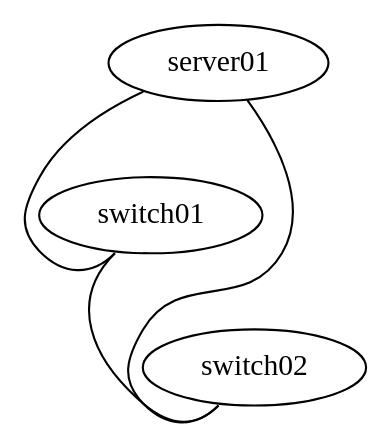
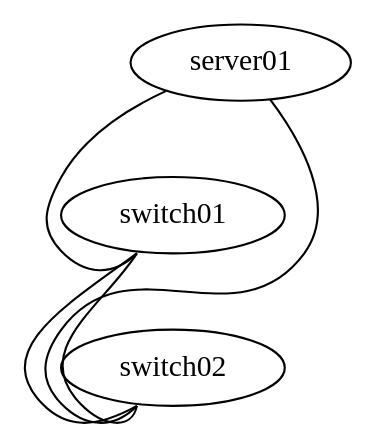
Before and after one commit to chronot1995/cumulus-ansible-intermediate-mlag-nclu: the diagram in documentation/ansible-training-clag-nclu.dot, drawn with Graphviz. The commit also changed 3 other files, not shown here.

```diff
--- a/documentation/ansible-training-clag-nclu.dot
+++ b/documentation/ansible-training-clag-nclu.dot
@@ -1,9 +1,10 @@
 graph training {
  "switch01" [function="leaf" os="CumulusCommunity/cumulus-vx" version="3.5.3" memory="768" config="./helper_scripts/extra_switch_config.sh" mgmt_ip="192.168.200.1"]
  "switch02" [function="leaf" os="CumulusCommunity/cumulus-vx" version="3.5.3" memory="768" config="./helper_scripts/extra_switch_config.sh" mgmt_ip="192.168.200.2"]
  "server01" [function="host" os="yk0/ubuntu-xenial" memory="512" config="./helper_scripts/extra_server_config.sh" mgmt_ip="192.168.200.10"]
 
  "switch01":"swp2" -- "switch02":"swp2"
+ "switch01":"swp3" -- "switch02":"swp3"
  "server01":"eth1" -- "switch01":"swp1"
  "server01":"eth2" -- "switch02":"swp1"
  }
```
